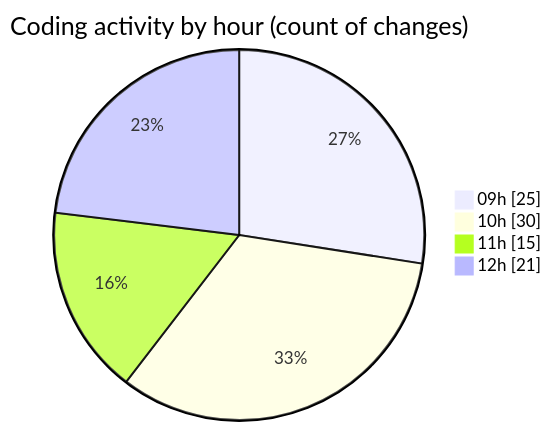
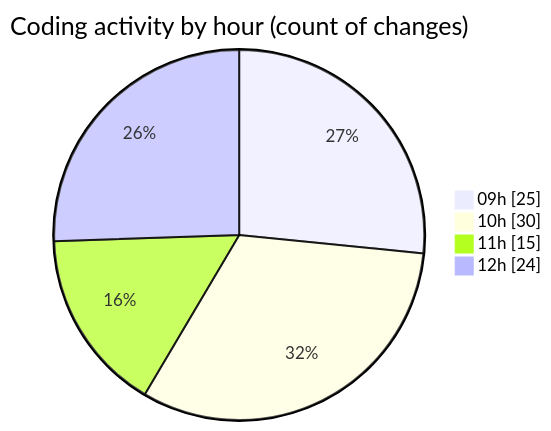
Before and after one commit to momahboobian/code-tracking: the second of 2 diagrams in 2025-11-18/cda/README.md, drawn with Mermaid. The commit also changed other lines of this file and 1 other file, not shown here.

````diff
--- a/2025-11-18/cda/README.md
+++ b/2025-11-18/cda/README.md
@@ -39,8 +40,8 @@
 ```mermaid
 pie showData
 title Coding activity by hour (count of changes)
 "09h" : 25
 "10h" : 30
 "11h" : 15
-"12h" : 21
+"12h" : 24
 ```
````
